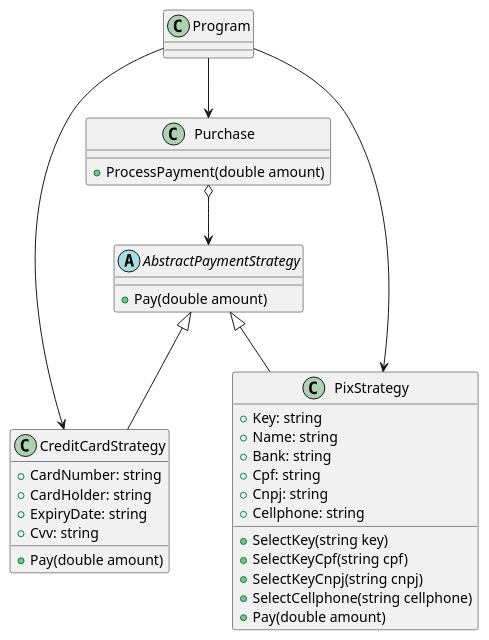
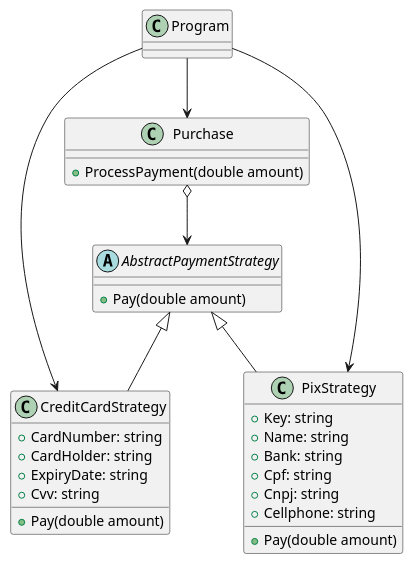
Before and after one commit to silviobassi/DesignPatternGof: the diagram in Pattern.Gof/Strategy/Diagram.puml, drawn with PlantUML. The commit also changed 1 other file, not shown here.

```diff
--- a/Pattern.Gof/Strategy/Diagram.puml
+++ b/Pattern.Gof/Strategy/Diagram.puml
@@ -1,43 +1,39 @@
 @startuml
 
 abstract class AbstractPaymentStrategy {
    +Pay(double amount)
 }
 
 class CreditCardStrategy {
    +CardNumber: string
    +CardHolder: string
    +ExpiryDate: string
    +Cvv: string
    +Pay(double amount)
 }
 
 class PixStrategy {
    +Key: string
    +Name: string
    +Bank: string
    +Cpf: string
    +Cnpj: string
    +Cellphone: string
-   +SelectKey(string key)
-   +SelectKeyCpf(string cpf)
-   +SelectKeyCnpj(string cnpj)
-   +SelectCellphone(string cellphone)
    +Pay(double amount)
 }
 
 class Purchase {
    +ProcessPayment(double amount)
 }
 
 class Program {}
 
 AbstractPaymentStrategy <|-- CreditCardStrategy
 AbstractPaymentStrategy <|-- PixStrategy
 Purchase o--> AbstractPaymentStrategy
 
 Program --> Purchase
 Program --> CreditCardStrategy
 Program --> PixStrategy
 
 @enduml
```
